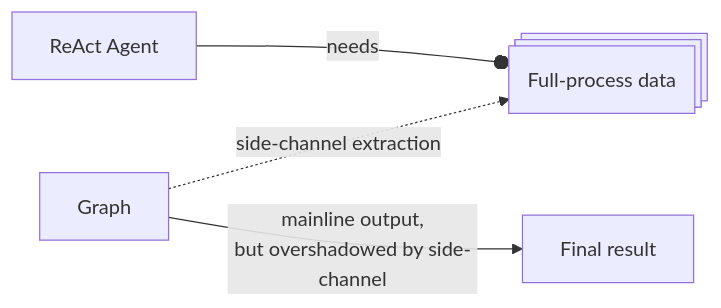
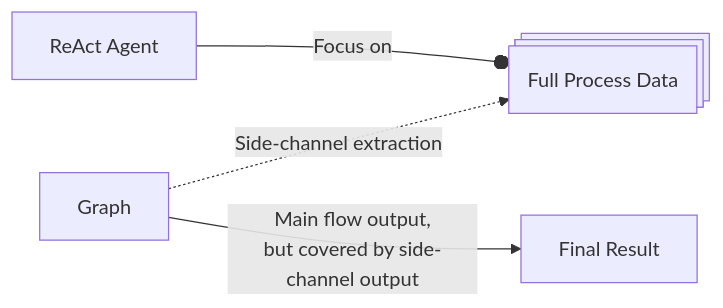
One commit to cloudwego/cloudwego.github.io changed the fourth of 10 diagrams in content/en/docs/eino/overview/graph_or_agent.md. Above: the diagram before and after it, drawn with Mermaid. The commit also changed other lines of this file and 141 other files, not shown here.

````diff
--- a/content/en/docs/eino/overview/graph_or_agent.md
+++ b/content/en/docs/eino/overview/graph_or_agent.md
@@ -111,12 +131,12 @@
 ```mermaid
 flowchart LR
   A[ReAct Agent]
-  P@{ shape: processes, label: "Full-process data" }
-  A--o|needs|P
+  P@{ shape: processes, label: "Full Process Data" }
+  A--o|Focus on|P
 
   G[Graph]
-  F[Final result]
-  G-->|mainline output,<br>but overshadowed by side-channel|F
+  F[Final Result]
+  G-->|Main flow output,<br>but covered by side-channel output|F
 
-  G-.->|side-channel extraction|P
+  G-.->|Side-channel extraction|P
 ```
````
